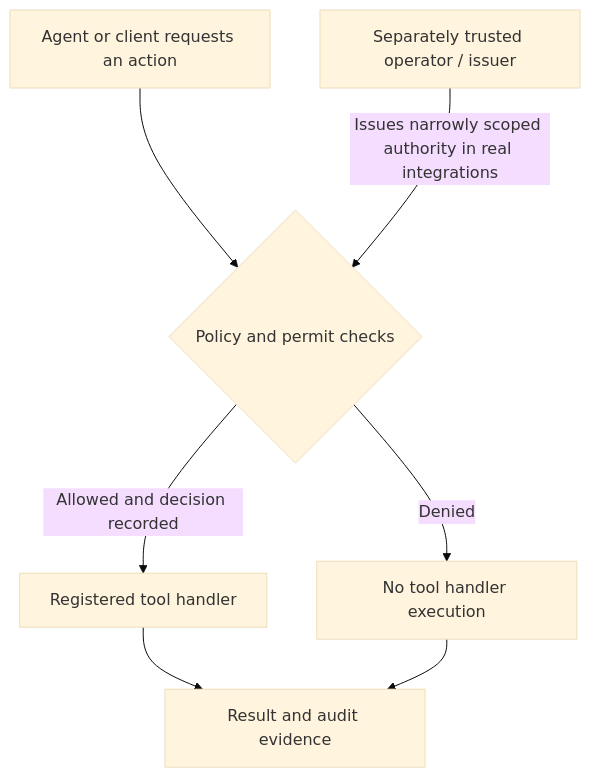
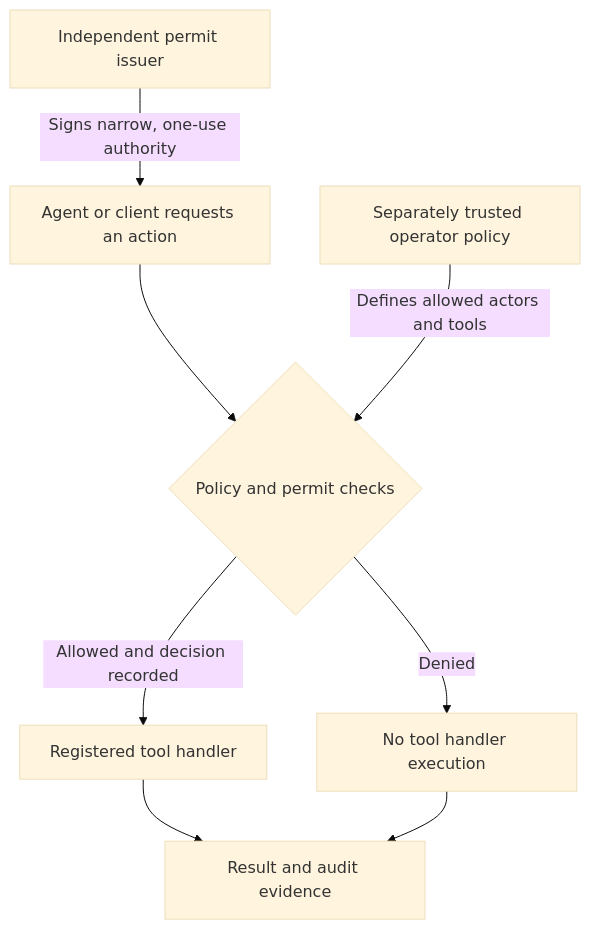
One commit to Shards-foundation/Shards-kernel changed the diagram in docs/PRODUCT_TOUR.md. Above: the diagram before and after it, drawn with Mermaid (base theme).

Commit message:
docs: separate permit issuer and operator authority in tour diagram

````diff
--- a/docs/PRODUCT_TOUR.md
+++ b/docs/PRODUCT_TOUR.md
@@ -13,9 +13,10 @@
 ```mermaid
 flowchart TD
-    A["Agent or client requests an action"] --> B{"Policy and permit checks"}
-    I["Separately trusted operator / issuer"] -->|Issues narrowly scoped authority in real integrations| B
+    I["Independent permit issuer"] -->|"Signs narrow, one-use authority"| A["Agent or client requests an action"]
+    A --> B{"Policy and permit checks"}
+    O["Separately trusted operator policy"] -->|"Defines allowed actors and tools"| B
     B -->|"Denied"| D["No tool handler execution"]
     B -->|"Allowed and decision recorded"| C["Registered tool handler"]
     C --> E["Result and audit evidence"]
     D --> E
 ```
````
